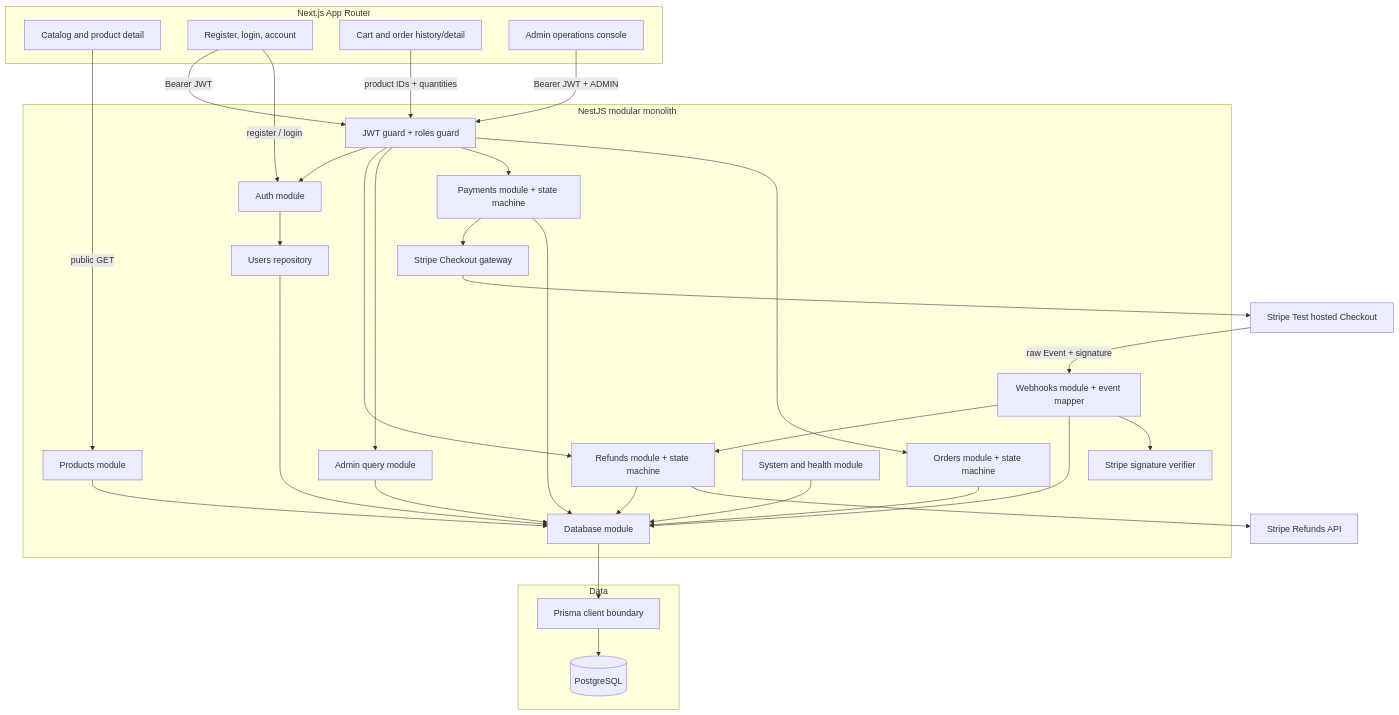
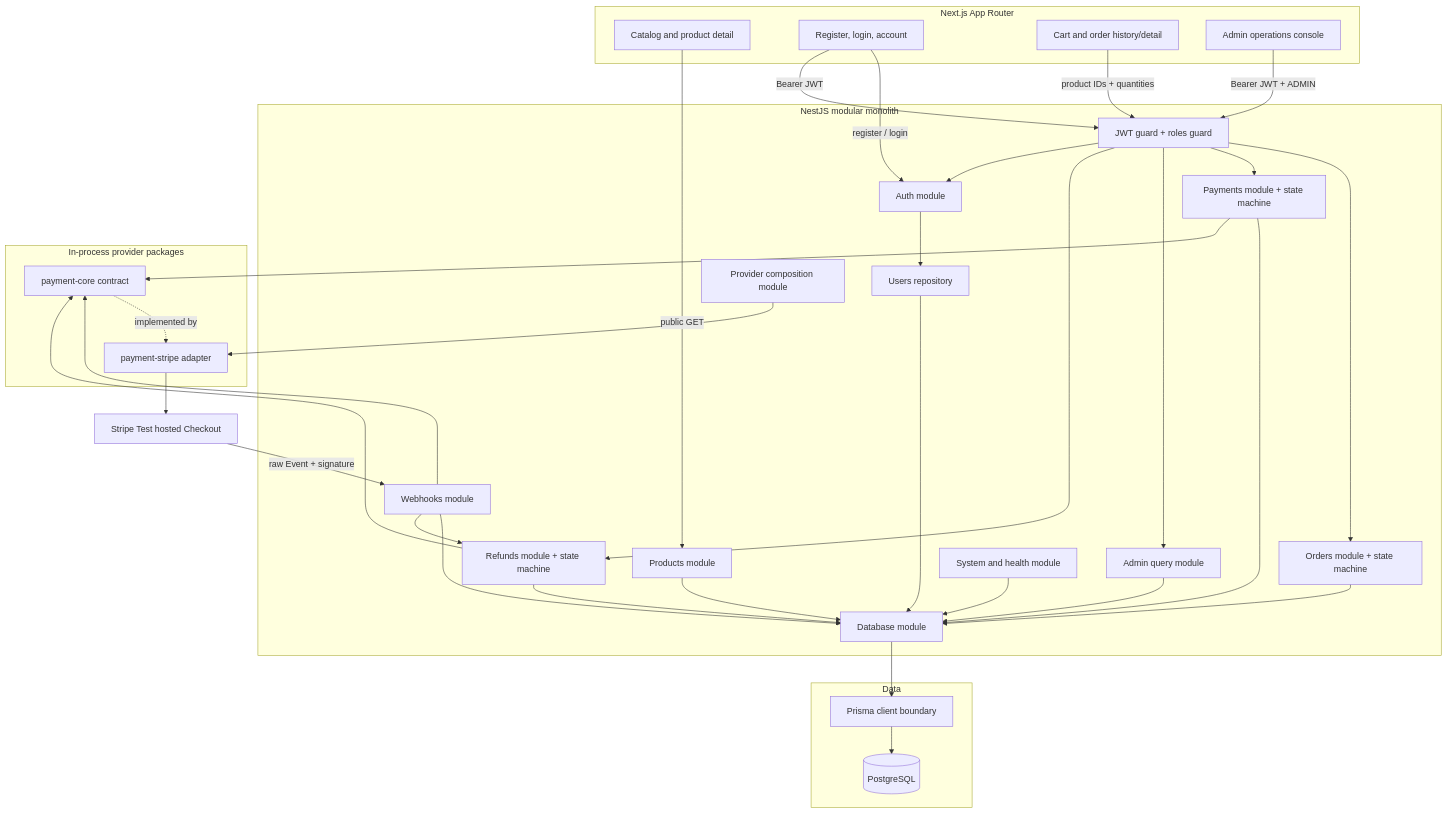
One commit to tianhao8687/payflow changed the diagram in docs/architecture.md. Above: the diagram before and after it, drawn with Mermaid. The commit also changed other lines of this file and 60 other files, not shown here.

Commit message:
refactor: complete stage 7 provider adapter

````diff
--- a/docs/architecture.md
+++ b/docs/architecture.md
@@ -9,56 +9,63 @@
 ```mermaid
 flowchart TB
   subgraph Client[Next.js App Router]
     Catalog[Catalog and product detail]
     AuthUI[Register, login, account]
     Cart[Cart and order history/detail]
     AdminUI[Admin operations console]
   end
 
   subgraph ModularMonolith[NestJS modular monolith]
     Auth[Auth module]
     Users[Users repository]
     Products[Products module]
     Orders[Orders module + state machine]
     Payments[Payments module + state machine]
-    StripeGateway[Stripe Checkout gateway]
-    Webhooks[Webhooks module + event mapper]
+    ProviderComposition[Provider composition module]
+    Webhooks[Webhooks module]
     Refunds[Refunds module + state machine]
     Admin[Admin query module]
-    StripeVerifier[Stripe signature verifier]
     Guards[JWT guard + roles guard]
     System[System and health module]
     DatabaseModule[Database module]
+  end
+
+  subgraph ProviderPackages[In-process provider packages]
+    PaymentCore[payment-core contract]
+    StripeProvider[payment-stripe adapter]
   end
 
   subgraph Data
     Prisma[Prisma client boundary]
     Postgres[(PostgreSQL)]
   end
 
   Catalog -->|public GET| Products
   Cart -->|product IDs + quantities| Guards
   Guards --> Orders
   Guards --> Payments
   AuthUI -->|register / login| Auth
   AuthUI -->|Bearer JWT| Guards
   AdminUI -->|Bearer JWT + ADMIN| Guards
   Guards --> Admin
   Guards --> Refunds
   Guards --> Auth
   Auth --> Users
   Products --> DatabaseModule
   Orders --> DatabaseModule
   Payments --> DatabaseModule
-  Payments --> StripeGateway --> Stripe[Stripe Test hosted Checkout]
+  Payments --> PaymentCore
+  Refunds --> PaymentCore
+  Webhooks --> PaymentCore
+  ProviderComposition --> StripeProvider
+  PaymentCore -. implemented by .-> StripeProvider
+  StripeProvider --> Stripe[Stripe Test hosted Checkout]
   Stripe -->|raw Event + signature| Webhooks
-  Webhooks --> StripeVerifier
   Webhooks --> DatabaseModule
   Webhooks --> Refunds
-  Refunds --> StripeRefunds[Stripe Refunds API]
   Refunds --> DatabaseModule
   Admin --> DatabaseModule
   Users --> DatabaseModule
   System --> DatabaseModule
   DatabaseModule --> Prisma --> Postgres
 ```
````
